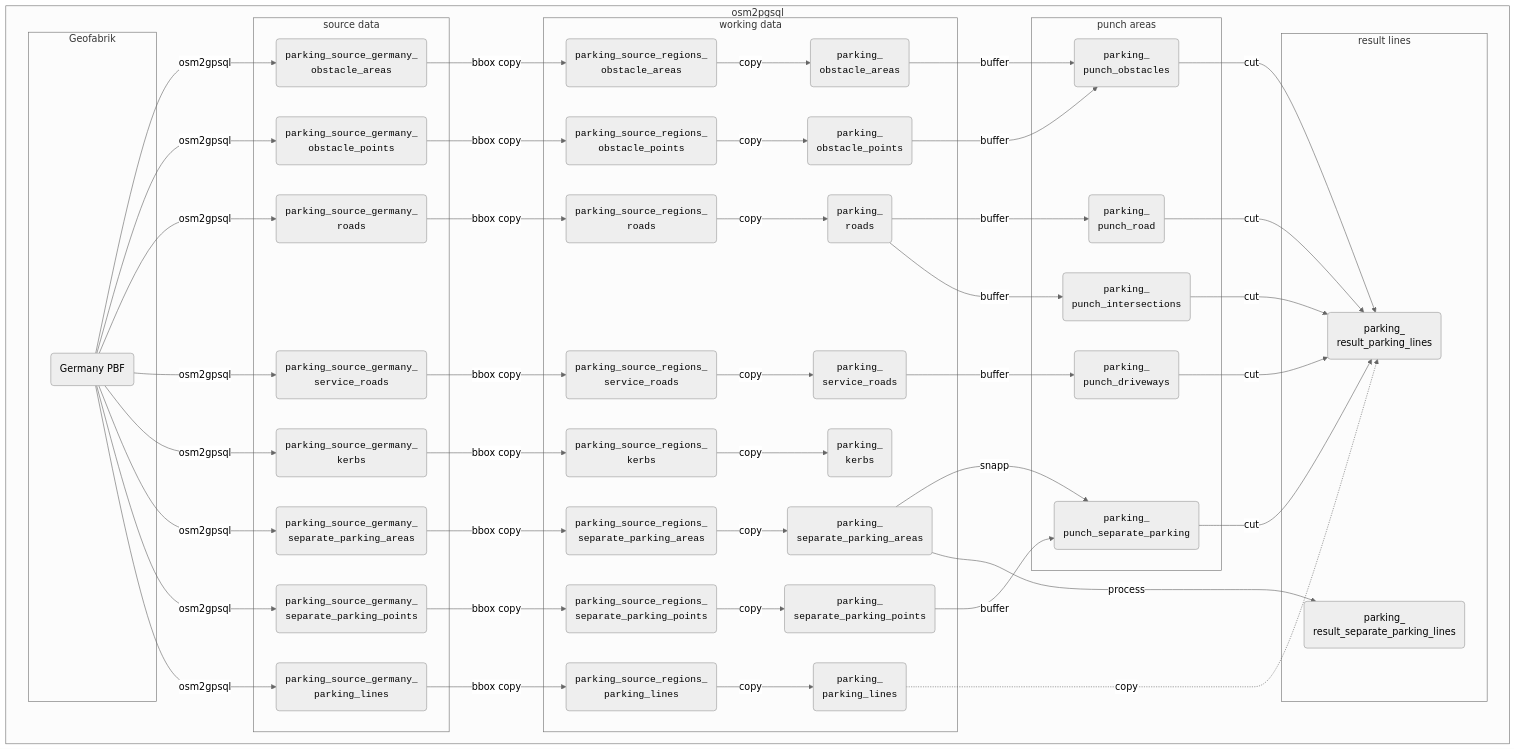
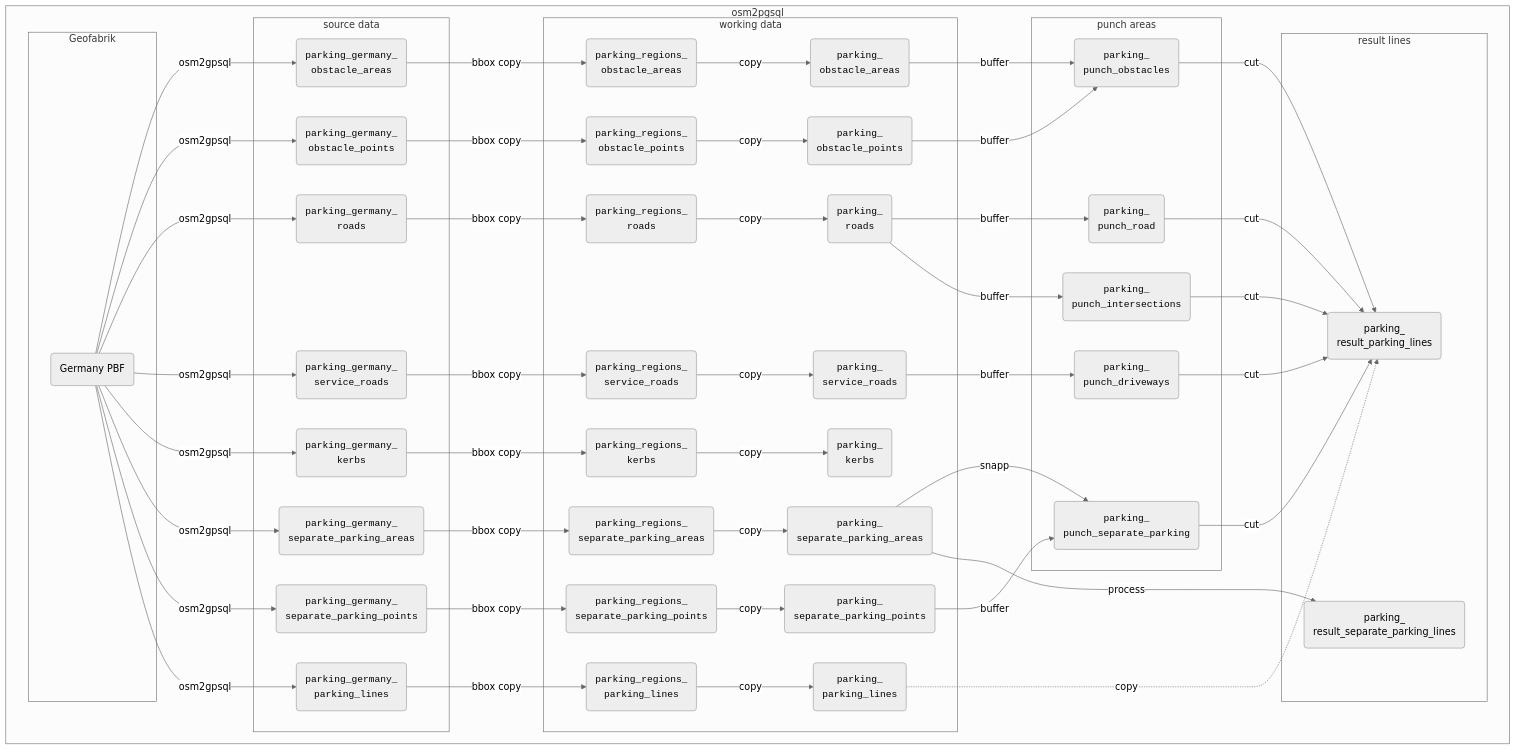
The diagram in processing/topics/parking/TABLES.md (FixMyBerlin/atlas-app), drawn with Mermaid (neutral theme) before and after one commit. The commit also changed 7 other files, not shown here.

Commit message:
rename: `parking_source` -> `parking`

````diff
--- a/processing/topics/parking/TABLES.md
+++ b/processing/topics/parking/TABLES.md
@@ -5,66 +5,66 @@
 ```mermaid
 %%{init: {"flowchart": {"htmlLabels": true}} }%%
 flowchart TB
     subgraph sql ["osm2pgsql"]
         subgraph osm ["Geofabrik"]
             nn("Germany PBF")
         end
         subgraph sg_table ["source data"]
-            nn -->|"osm2gpsql"| SGOA("<code>parking_source_germany_<br>obstacle_areas</code>")
-            nn -->|"osm2gpsql"| SGOP("<code>parking_source_germany_<br>obstacle_points</code>")
-            nn -->|"osm2gpsql"| SGR("<code>parking_source_germany_<br>roads</code>")
-            nn -->|"osm2gpsql"| SGSR("<code>parking_source_germany_<br>service_roads</code>")
-            nn -->|"osm2gpsql"| SGK("<code>parking_source_germany_<br>kerbs</code>")
-            nn  -->|"osm2gpsql"| SGSPA("<code>parking_source_germany_<br>separate_parking_areas</code>")
-            nn  -->|"osm2gpsql"| SGSPP("<code>parking_source_germany_<br>separate_parking_points</code>")
-            nn -->|"osm2gpsql"| SGPL("<code>parking_source_germany_<br>parking_lines</code>")
+            nn -->|"osm2gpsql"| SGOA("<code>parking_germany_<br>obstacle_areas</code>")
+            nn -->|"osm2gpsql"| SGOP("<code>parking_germany_<br>obstacle_points</code>")
+            nn -->|"osm2gpsql"| SGR("<code>parking_germany_<br>roads</code>")
+            nn -->|"osm2gpsql"| SGSR("<code>parking_germany_<br>service_roads</code>")
+            nn -->|"osm2gpsql"| SGK("<code>parking_germany_<br>kerbs</code>")
+            nn  -->|"osm2gpsql"| SGSPA("<code>parking_germany_<br>separate_parking_areas</code>")
+            nn  -->|"osm2gpsql"| SGSPP("<code>parking_germany_<br>separate_parking_points</code>")
+            nn -->|"osm2gpsql"| SGPL("<code>parking_germany_<br>parking_lines</code>")
             %% We copy all roads and add the attribute parking=yes, parking=missing.
             %% We handle dual carridgeway as parking=not_expected
             %% We copy service_roads only on those cases where there is explicit parking as parking=yes
             %% We add highway=\* so we can see the service roads.
             %% DELETE: SGPL1:::labelStyle@{label: "fa:fa-tag roads with parking"} -.- SGPL
             %% DELETE: SGPL2:::labelStyle@{label: "fa:fa-tag service roads with parking"} -.- SGPL
         end
     end
     subgraph sql ["SQL"]
         subgraph init_step ["working data"]
-            SGOA -->|"bbox copy"| SROA("<code>parking_source_regions_<br>obstacle_areas</code>")
-            SGOP -->|"bbox copy"| SROP("<code>parking_source_regions_<br>obstacle_points</code>")
-            SGR -->|"bbox copy"| SRR("<code>parking_source_regions_<br>roads</code>")
-            SGSR  -->|"bbox copy"| SRSR("<code>parking_source_regions_<br>service_roads</code>")
-            SGK  -->|"bbox copy"| SRK("<code>parking_source_regions_<br>kerbs</code>")
-            SGPL  -->|"bbox copy"| SRPL("<code>parking_source_regions_<br>parking_lines</code>")
-            SGSPA  -->|"bbox copy"| SRSPA("<code>parking_source_regions_<br>separate_parking_areas</code>")
-            SGSPP  -->|"bbox copy"| SRSPP("<code>parking_source_regions_<br>separate_parking_points</code>")
+            SGOA -->|"bbox copy"| SROA("<code>parking_regions_<br>obstacle_areas</code>")
+            SGOP -->|"bbox copy"| SROP("<code>parking_regions_<br>obstacle_points</code>")
+            SGR -->|"bbox copy"| SRR("<code>parking_regions_<br>roads</code>")
+            SGSR  -->|"bbox copy"| SRSR("<code>parking_regions_<br>service_roads</code>")
+            SGK  -->|"bbox copy"| SRK("<code>parking_regions_<br>kerbs</code>")
+            SGPL  -->|"bbox copy"| SRPL("<code>parking_regions_<br>parking_lines</code>")
+            SGSPA  -->|"bbox copy"| SRSPA("<code>parking_regions_<br>separate_parking_areas</code>")
+            SGSPP  -->|"bbox copy"| SRSPP("<code>parking_regions_<br>separate_parking_points</code>")
 
             SROA -->|"copy"| OA("<code>parking_<br>obstacle_areas</code>")
             SROP -->|"copy"| OP("<code>parking_<br>obstacle_points</code>")
             SRR -->|"copy"| R("<code>parking_<br>roads</code>")
             SRSR  -->|"copy"| SR("<code>parking_<br>service_roads</code>")
             SRK  -->|"copy"| K("<code>parking_<br>kerbs</code>")
             SRPL  -->|"copy"| PL("<code>parking_<br>parking_lines</code>")
             SRSPA  -->|"copy"| PA("<code>parking_<br>separate_parking_areas</code>")
             SRSPP  -->|"copy"| PP("<code>parking_<br>separate_parking_points</code>")
         end
         subgraph punch ["punch areas"]
             OA -->|"buffer"| PAO("<code>parking_<br>punch_obstacles</code>")
             OP -->|"buffer"| PAO
             R -->|"buffer"| PARA("<code>parking_<br>punch_road</code>")
             SR  -->|"buffer"| PAD("<code>parking_<br>punch_driveways</code>")
             R -->|"buffer"| PAC("<code>parking_<br>punch_intersections</code>")
             PA  -->|"snapp"| PSP("<code>parking_<br>punch_separate_parking</code>")
             PP  -->|"buffer"| PSP
         end
         subgraph result ["result lines"]
             PL -.->|"copy"| RPL
             PA -->|"process"| RSPL("parking_<br>result_separate_parking_lines")
             PARA -->|"cut"| RPL("parking_<br>result_parking_lines")
             PAO -->|"cut"| RPL
             PAD -->|"cut"| RPL
             PAC -->|"cut"| RPL
             PSP -->|"cut"| RPL
         end
     end
 
 classDef labelStyle fill:lightgray,stroke:white,stroke-width:1px;
 ```
````
